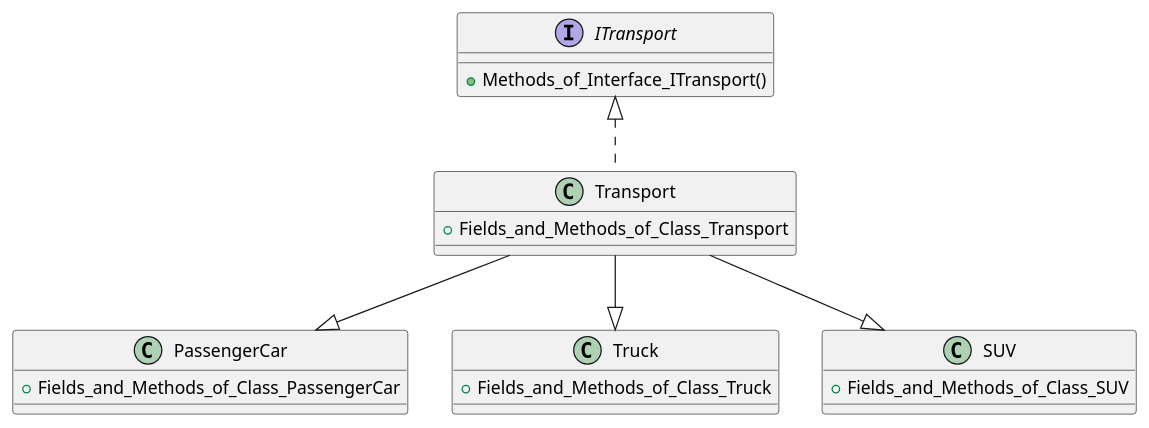
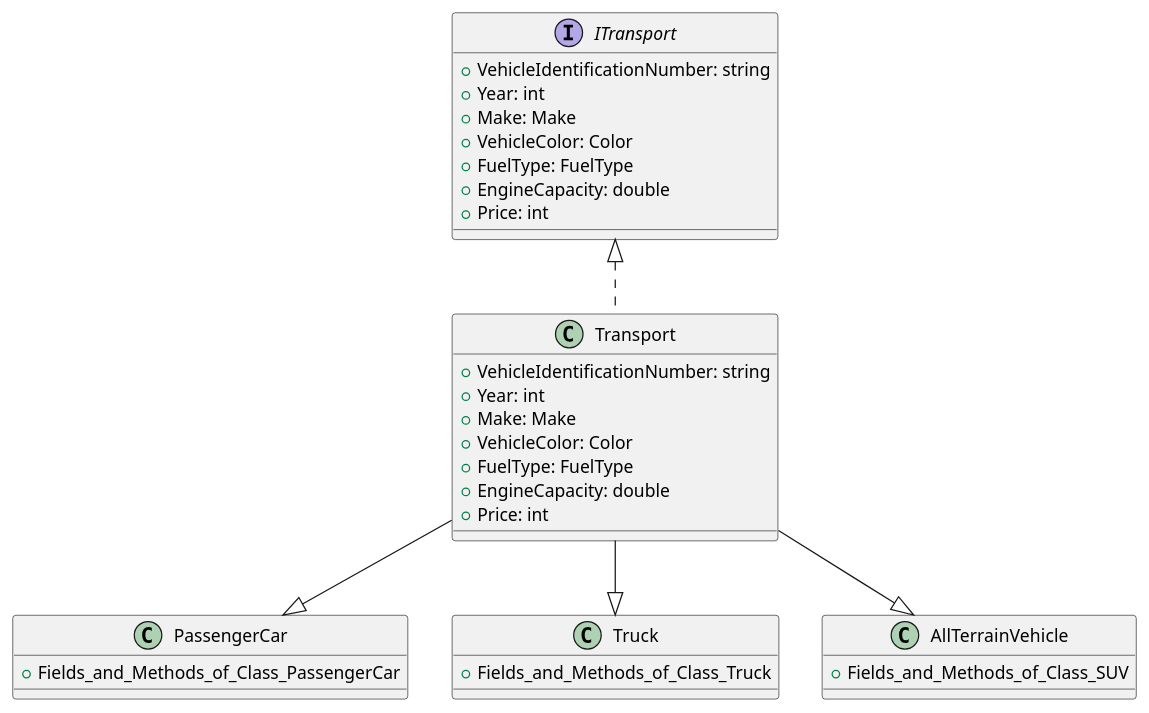
The diagram in Diagrams/Puml_files/transport_hierarchy.puml (andriiiiiko/mpt-lab-5), drawn with PlantUML before and after one commit. The commit also changed 2 other files, not shown here.

Commit message:
Updated diagram

```diff
--- a/Diagrams/Puml_files/transport_hierarchy.puml
+++ b/Diagrams/Puml_files/transport_hierarchy.puml
@@ -1,28 +1,40 @@
 @startuml
 
 interface ITransport {
-    + Methods_of_Interface_ITransport()
+     + VehicleIdentificationNumber: string
+     + Year: int
+     + Make: Make
+     + VehicleColor: Color
+     + FuelType: FuelType
+     + EngineCapacity: double
+     + Price: int
 }
 
 class Transport {
-    + Fields_and_Methods_of_Class_Transport
+    + VehicleIdentificationNumber: string
+    + Year: int
+    + Make: Make
+    + VehicleColor: Color
+    + FuelType: FuelType
+    + EngineCapacity: double
+    + Price: int
 }
 
 class PassengerCar {
     + Fields_and_Methods_of_Class_PassengerCar
 }
 
 class Truck {
     + Fields_and_Methods_of_Class_Truck
 }
 
-class SUV {
+class AllTerrainVehicle {
     + Fields_and_Methods_of_Class_SUV
 }
 
 ITransport <|.. Transport
 Transport --|> PassengerCar
 Transport --|> Truck
-Transport --|> SUV
+Transport --|> AllTerrainVehicle
 
 @enduml
```
